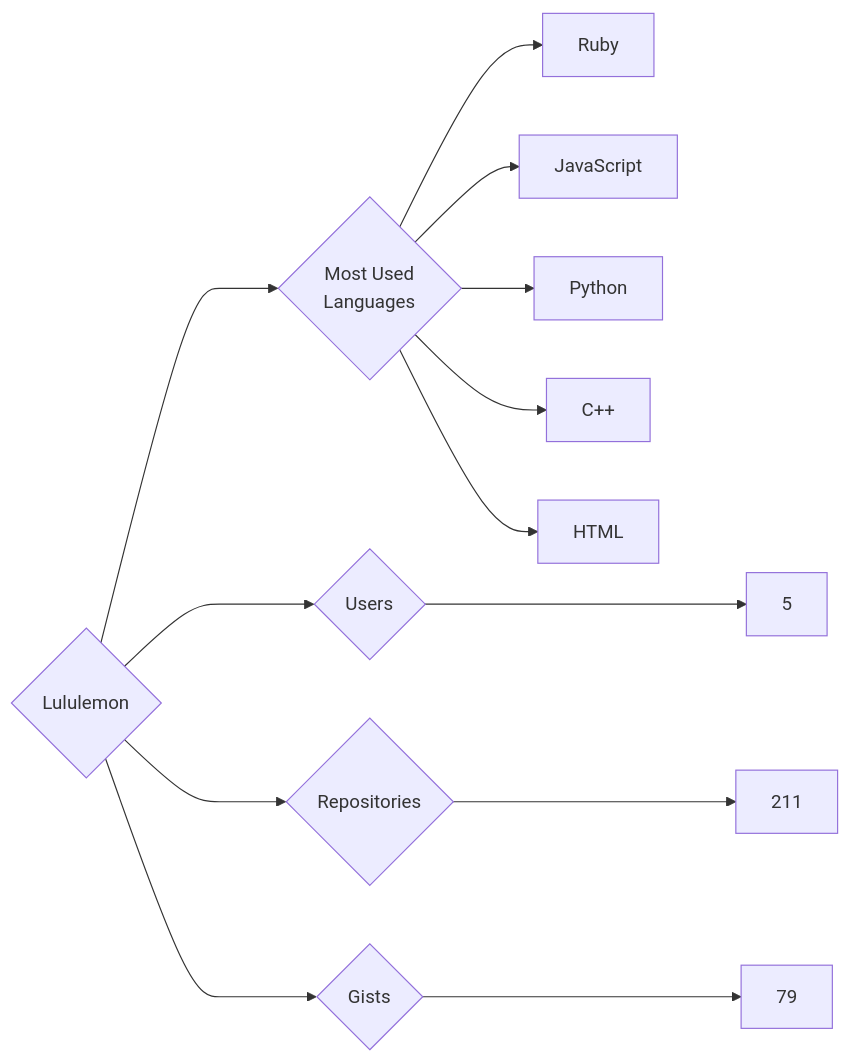
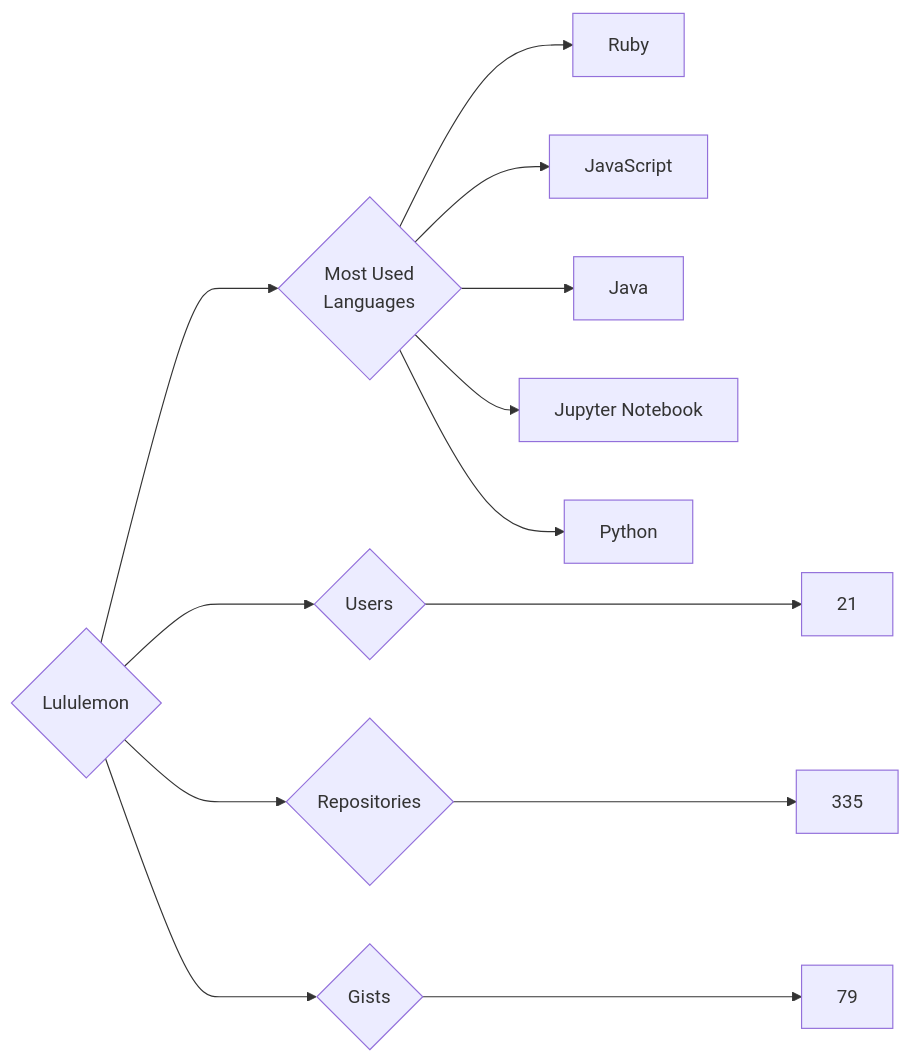
The diagram in targets/Lululemon/README.md (trickest/insiders), drawn with Mermaid before and after one commit. The commit also changed 610 other files, not shown here.

````diff
--- a/targets/Lululemon/README.md
+++ b/targets/Lululemon/README.md
@@ -3,13 +3,13 @@
 ```mermaid
 graph LR
 COMPANY_NAME{Lululemon}
-COMPANY_NAME ---> U{Users} ---> UN[5]
-COMPANY_NAME ---> R{Repositories} ---> RN[211]
+COMPANY_NAME ---> U{Users} ---> UN[21]
+COMPANY_NAME ---> R{Repositories} ---> RN[335]
 COMPANY_NAME ---> G{Gists} ---> GN[79]
 COMPANY_NAME ---> ML{Most Used<br>Languages}
 ML --> Ruby[Ruby]
 ML --> JavaScript[JavaScript]
+ML --> Java[Java]
+ML --> Jupyter_Notebook[Jupyter Notebook]
 ML --> Python[Python]
-ML --> C++[C++]
-ML --> HTML[HTML]
 ```
````
